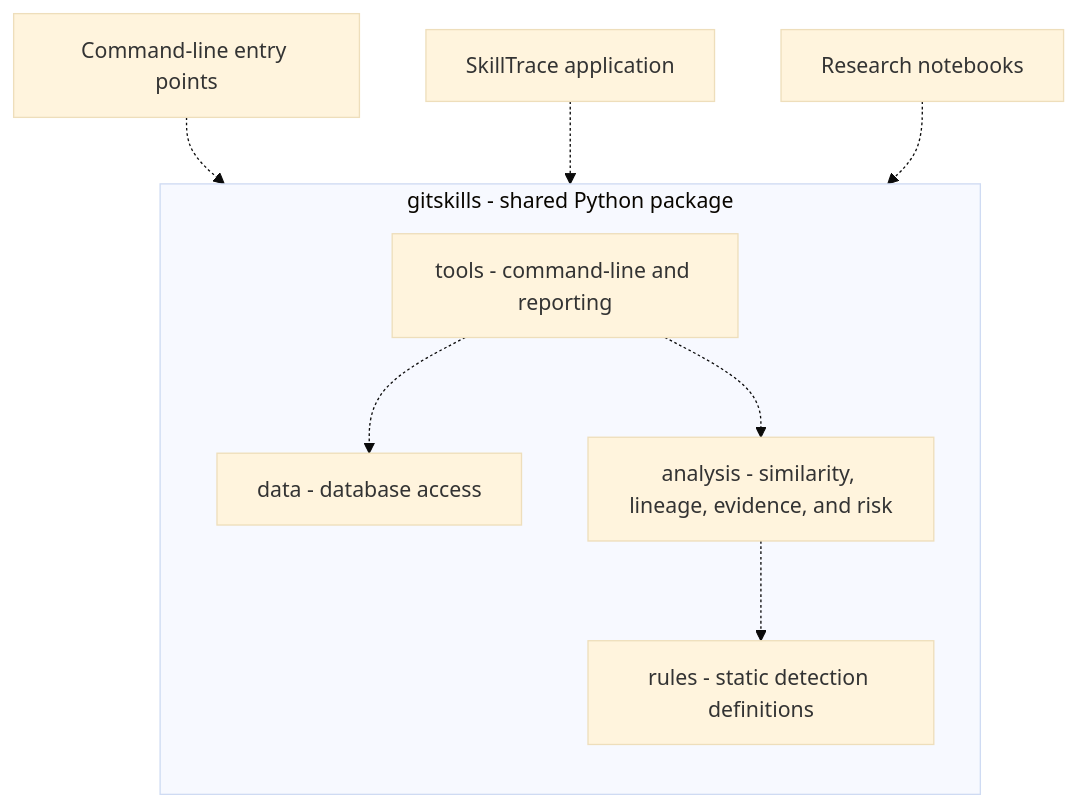
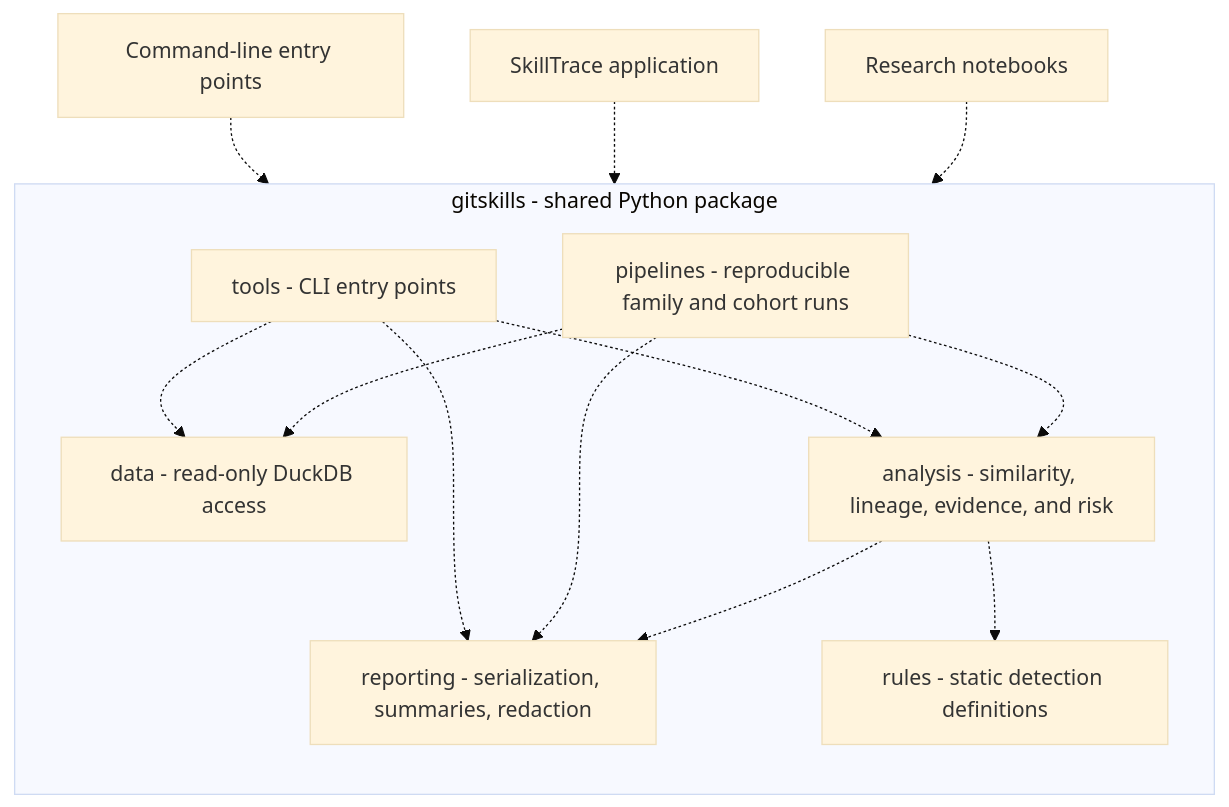
Before and after one commit to umdnp/csc580-project8: the second of 3 diagrams in docs/design/ARCHITECTURE.md, drawn with Mermaid (base theme). The commit also changed other lines of this file and 14 other files, not shown here.

````diff
--- a/docs/design/ARCHITECTURE.md
+++ b/docs/design/ARCHITECTURE.md
@@ -46,18 +46,25 @@
 ```mermaid
 flowchart TB
     subgraph LIB["gitskills - shared Python package"]
         direction TB
-        TOOLS["tools - command-line and reporting"]
-        DATA["data - database access"]
+        TOOLS["tools - CLI entry points"]
+        PIPE["pipelines - reproducible family and cohort runs"]
+        REPORT["reporting - serialization, summaries, redaction"]
+        DATA["data - read-only DuckDB access"]
         ANALYSIS["analysis - similarity, lineage, evidence, and risk"]
         RULES["rules - static detection definitions"]
 
         TOOLS -.-> DATA
         TOOLS -.-> ANALYSIS
+        TOOLS -.-> REPORT
+        PIPE -.-> DATA
+        PIPE -.-> ANALYSIS
+        PIPE -.-> REPORT
         ANALYSIS -.-> RULES
+        ANALYSIS -.-> REPORT
     end
 
     CLI["Command-line entry points"] -.-> TOOLS
     ST["SkillTrace application"] -.-> ANALYSIS
     NOTE["Research notebooks"] -.-> LIB
 ```
````
